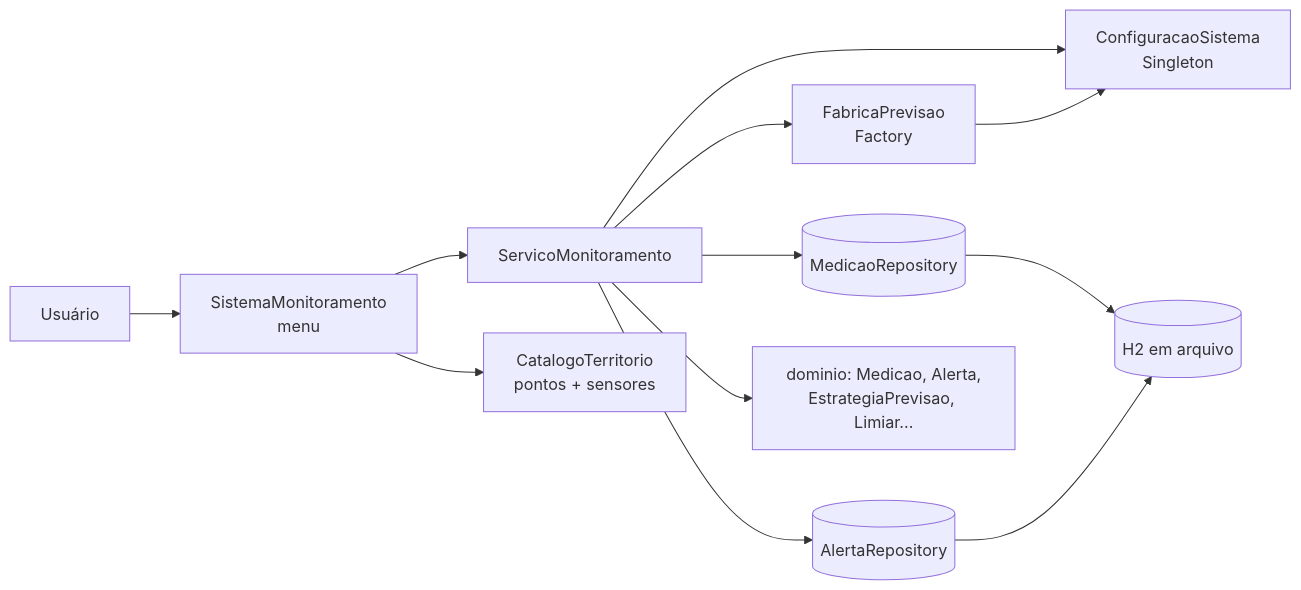
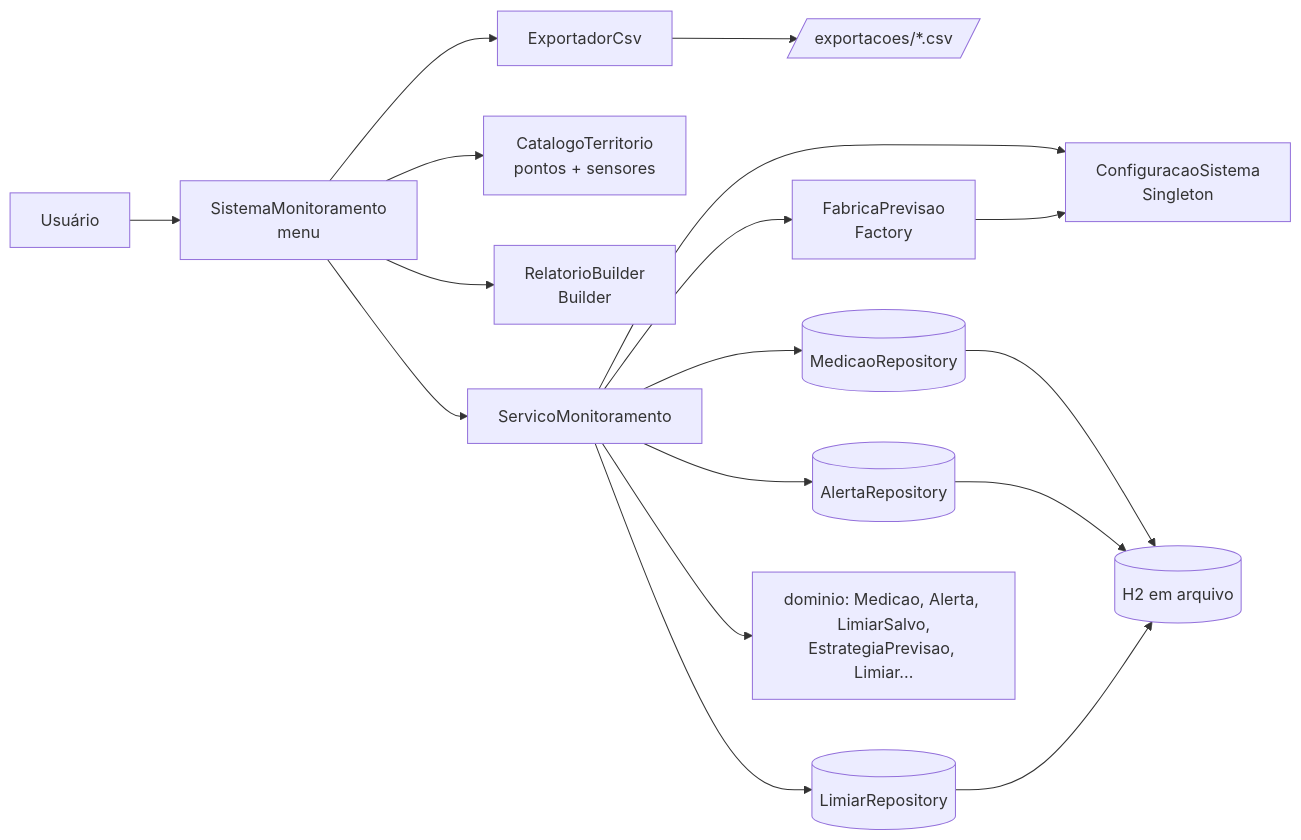
Before and after one commit to Senador2006/GS2_POO: the first of 3 diagrams in docs/arquitetura-e-codigo.md, drawn with Mermaid. The commit also changed other lines of this file and 20 other files, not shown here.

````diff
--- a/docs/arquitetura-e-codigo.md
+++ b/docs/arquitetura-e-codigo.md
@@ -23,14 +24,19 @@
 ```mermaid
 flowchart LR
     U[Usuário] --> M[SistemaMonitoramento<br/>menu]
     M --> S[ServicoMonitoramento]
     M --> C[CatalogoTerritorio<br/>pontos + sensores]
+    M --> B[RelatorioBuilder<br/>Builder]
+    M --> X[ExportadorCsv]
+    X --> CSV[/exportacoes/*.csv/]
     S --> F[FabricaPrevisao<br/>Factory]
     S --> CFG[ConfiguracaoSistema<br/>Singleton]
     F --> CFG
     S --> R1[(MedicaoRepository)]
     S --> R2[(AlertaRepository)]
+    S --> R3[(LimiarRepository)]
     R1 --> H2[(H2 em arquivo)]
     R2 --> H2
-    S --> D[dominio: Medicao, Alerta,<br/>EstrategiaPrevisao, Limiar...]
+    R3 --> H2
+    S --> D[dominio: Medicao, Alerta, LimiarSalvo,<br/>EstrategiaPrevisao, Limiar...]
 ```
````
